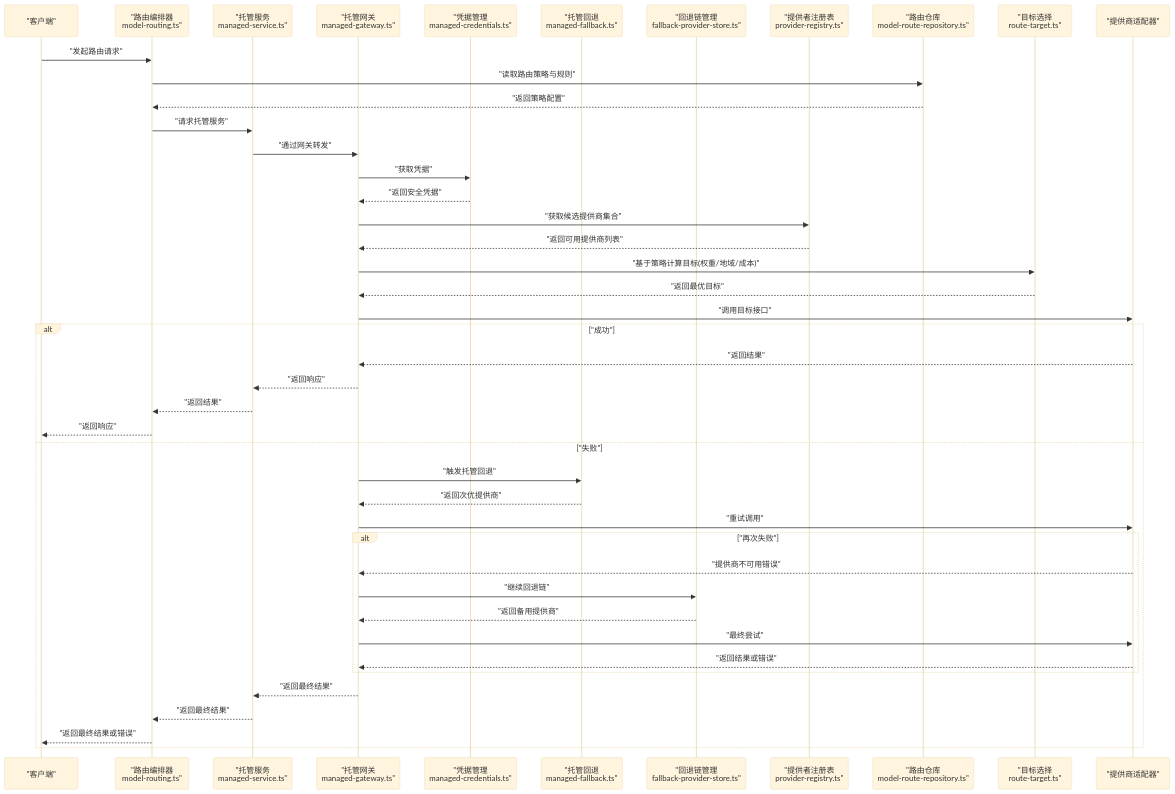
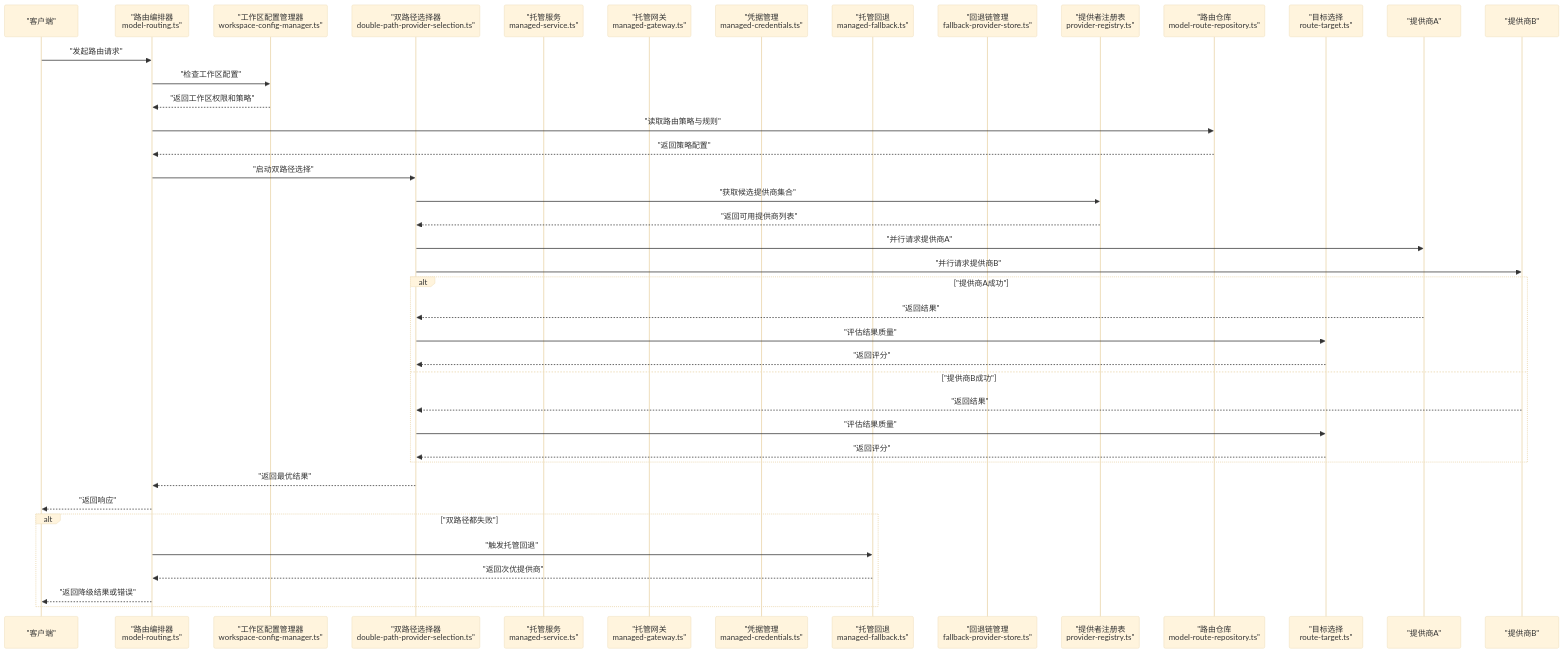
The second of 3 diagrams in .qoder/repowiki/zh/content/AI系统集成/模型路由系统.md (scottcwy/PurpleInk), drawn with Mermaid (base theme) before and after one commit. The commit also changed other lines of this file and 37 other files, not shown here.

````diff
--- a/.qoder/repowiki/zh/content/AI系统集成/模型路由系统.md
+++ b/.qoder/repowiki/zh/content/AI系统集成/模型路由系统.md
@@ -154,46 +163,43 @@
 ```mermaid
 sequenceDiagram
 participant Client as "客户端"
 participant Router as "路由编排器<br/>model-routing.ts"
+participant WorkspaceMgr as "工作区配置管理器<br/>workspace-config-manager.ts"
+participant DoublePath as "双路径选择器<br/>double-path-provider-selection.ts"
 participant ManagedService as "托管服务<br/>managed-service.ts"
 participant Gateway as "托管网关<br/>managed-gateway.ts"
 participant Credentials as "凭据管理<br/>managed-credentials.ts"
 participant Fallback as "托管回退<br/>managed-fallback.ts"
 participant FallbackStore as "回退链管理<br/>fallback-provider-store.ts"
 participant Reg as "提供者注册表<br/>provider-registry.ts"
 participant Repo as "路由仓库<br/>model-route-repository.ts"
 participant Target as "目标选择<br/>route-target.ts"
-participant Provider as "提供商适配器"
+participant Provider1 as "提供商A"
+participant Provider2 as "提供商B"
 Client->>Router : "发起路由请求"
+Router->>WorkspaceMgr : "检查工作区配置"
+WorkspaceMgr-->>Router : "返回工作区权限和策略"
 Router->>Repo : "读取路由策略与规则"
 Repo-->>Router : "返回策略配置"
-Router->>ManagedService : "请求托管服务"
-ManagedService->>Gateway : "通过网关转发"
-Gateway->>Credentials : "获取凭据"
-Credentials-->>Gateway : "返回安全凭据"
-Gateway->>Reg : "获取候选提供商集合"
-Reg-->>Gateway : "返回可用提供商列表"
-Gateway->>Target : "基于策略计算目标(权重/地域/成本)"
-Target-->>Gateway : "返回最优目标"
-Gateway->>Provider : "调用目标接口"
-alt "成功"
-Provider-->>Gateway : "返回结果"
-Gateway-->>ManagedService : "返回响应"
-ManagedService-->>Router : "返回结果"
+Router->>DoublePath : "启动双路径选择"
+DoublePath->>Reg : "获取候选提供商集合"
+Reg-->>DoublePath : "返回可用提供商列表"
+DoublePath->>Provider1 : "并行请求提供商A"
+DoublePath->>Provider2 : "并行请求提供商B"
+alt "提供商A成功"
+Provider1-->>DoublePath : "返回结果"
+DoublePath->>Target : "评估结果质量"
+Target-->>DoublePath : "返回评分"
+else "提供商B成功"
+Provider2-->>DoublePath : "返回结果"
+DoublePath->>Target : "评估结果质量"
+Target-->>DoublePath : "返回评分"
+end
+DoublePath-->>Router : "返回最优结果"
 Router-->>Client : "返回响应"
-else "失败"
-Gateway->>Fallback : "触发托管回退"
-Fallback-->>Gateway : "返回次优提供商"
-Gateway->>Provider : "重试调用"
-alt "再次失败"
-Provider-->>Gateway : "提供商不可用错误"
-Gateway->>FallbackStore : "继续回退链"
-FallbackStore-->>Gateway : "返回备用提供商"
-Gateway->>Provider : "最终尝试"
-Provider-->>Gateway : "返回结果或错误"
-end
-Gateway-->>ManagedService : "返回最终结果"
-ManagedService-->>Router : "返回最终结果"
-Router-->>Client : "返回最终结果或错误"
+alt "双路径都失败"
+Router->>Fallback : "触发托管回退"
+Fallback-->>Router : "返回次优提供商"
+Router-->>Client : "返回降级结果或错误"
 end
 ```
````
